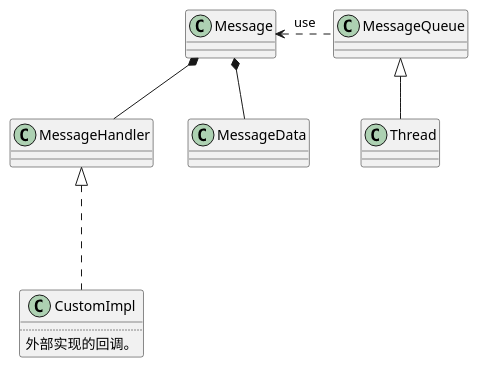
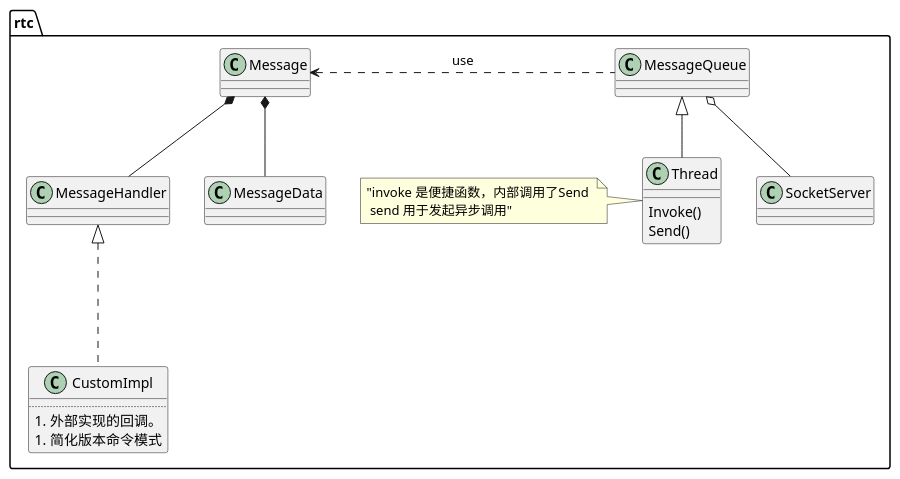
Before and after one commit to mingxin505/webrtcNote: the diagram in webrtc_chrome/Thread.md, drawn with PlantUML. The commit also changed 8 other files, not shown here.

````diff
--- a/webrtc_chrome/Thread.md
+++ b/webrtc_chrome/Thread.md
@@ -4,13 +4,23 @@
 ```plantuml
 @startuml
-Thread -up-|> MessageQueue
-MessageQueue ..left.> Message : use
-Message *-- MessageHandler
-Message *-- MessageData
-MessageHandler <|... CustomImpl
-class CustomImpl {
-    ....
-    外部实现的回调。
+package rtc {
+    class Thread {
+        Invoke() 
+        Send() 
+    }
+    note left: "invoke 是便捷函数，内部调用了Send \n send 用于发起异步调用"
+    Thread -up-|> MessageQueue
+    MessageQueue ..left.> Message : use
+    MessageQueue o-- SocketServer
+    Message *-- MessageHandler
+    Message *-- MessageData
+
+    MessageHandler <|... CustomImpl
+    class CustomImpl {
+        ....
+        1. 外部实现的回调。
+        1. 简化版本命令模式
+    }
 }
 @enduml
 ```
````
